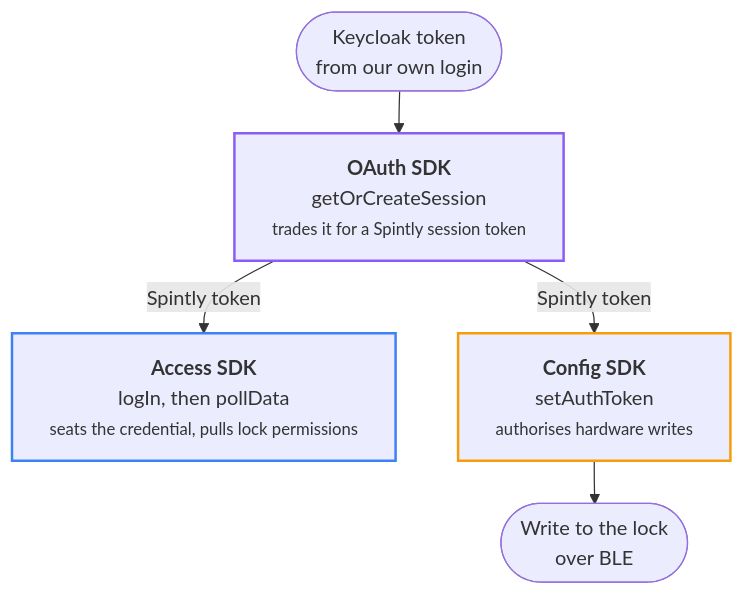
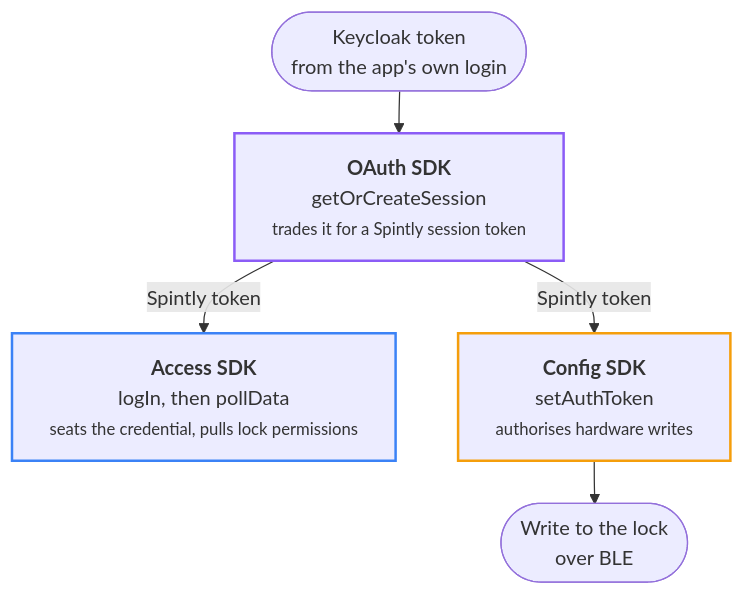
The diagram in docs/index.md (Yash-Wadatkar-Binaryveda/sdk-docs-site), drawn with Mermaid before and after one commit. The commit also changed other lines of this file and 3 other files, not shown here.

````diff
--- a/docs/index.md
+++ b/docs/index.md
@@ -67,16 +67,16 @@
 ```mermaid
 %%{init:{"flowchart":{"wrappingWidth":320,"rankSpacing":34}}}%%
 flowchart TD
-    K(["Keycloak token<br/>from our own login"]) --> O
+    K(["Keycloak token<br/>from the app's own login"]) --> O
     O["<b>OAuth SDK</b><br/>getOrCreateSession<br/><small>trades it for a Spintly session token</small>"]
     O -->|Spintly token| A["<b>Access SDK</b><br/>logIn, then pollData<br/><small>seats the credential, pulls lock permissions</small>"]
     O -->|Spintly token| C["<b>Config SDK</b><br/>setAuthToken<br/><small>authorises hardware writes</small>"]
     C --> L(["Write to the lock<br/>over BLE"])
 
     classDef sdkOauth stroke:#8b5cf6,stroke-width:2px
     classDef sdkAccess stroke:#3b82f6,stroke-width:2px
     classDef sdkConfig stroke:#f59e0b,stroke-width:2px
     class O sdkOauth
     class A sdkAccess
     class C sdkConfig
 ```
````
